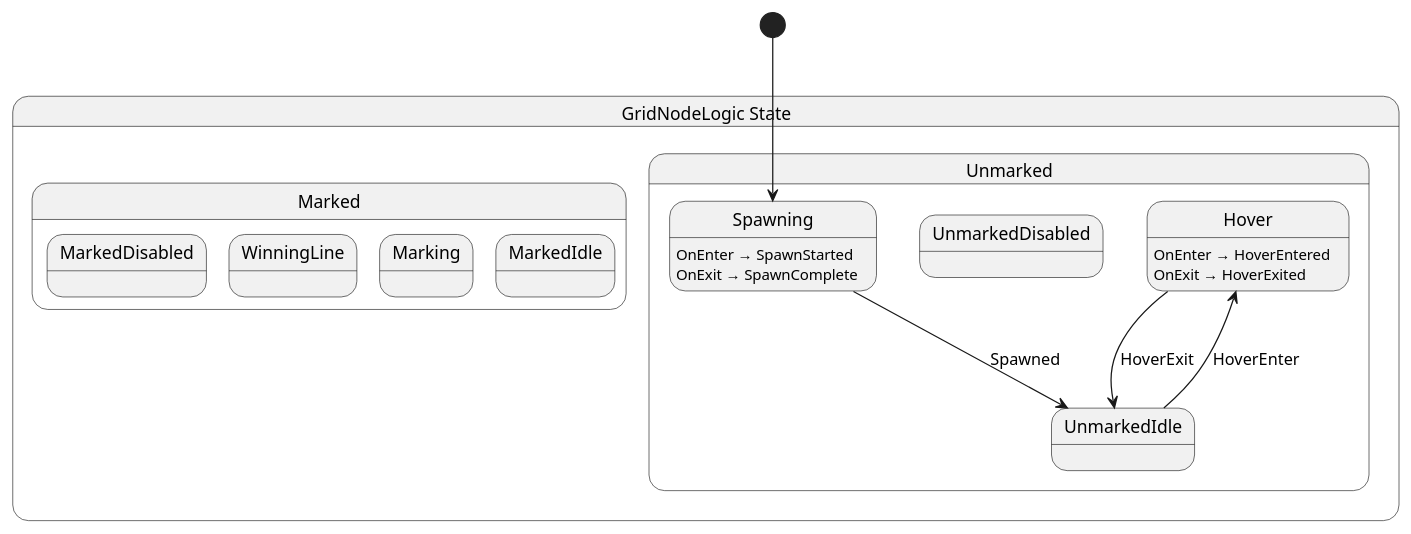
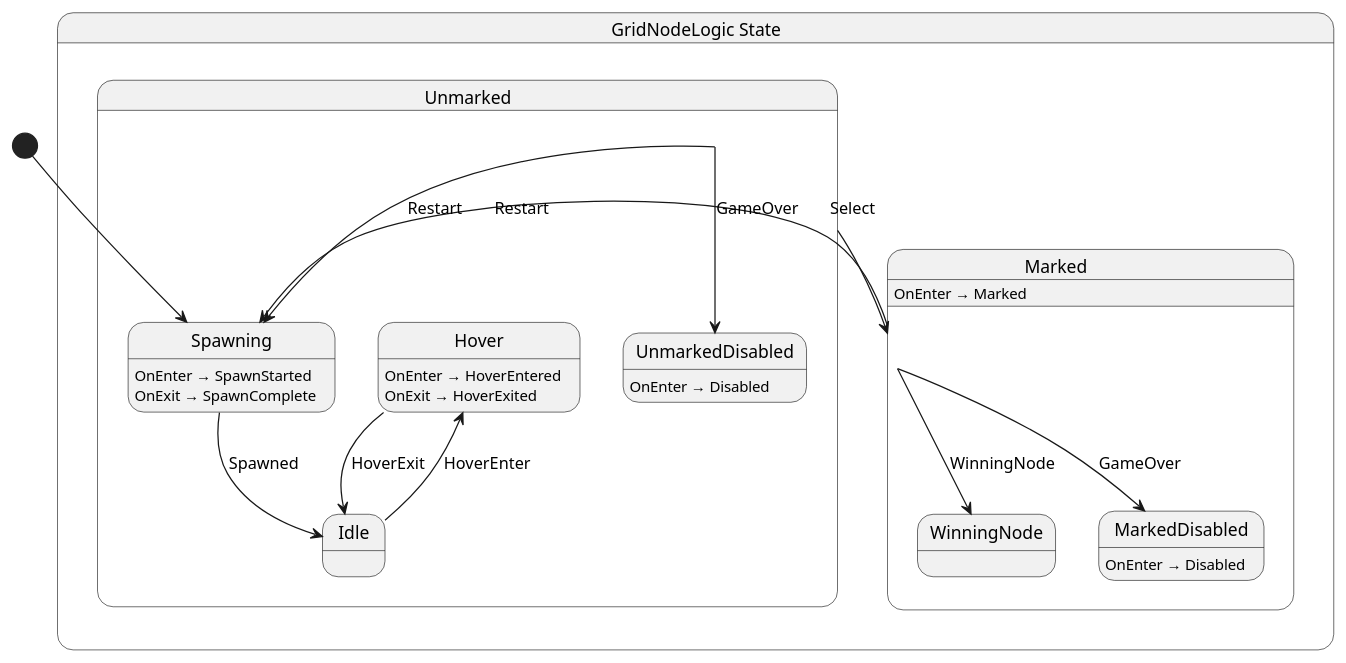
The diagram in src/GridNode/State/GridNodeLogic.g.puml (stranne/Vertex), drawn with PlantUML before and after one commit. The commit also changed 18 other files, not shown here.

Commit message:
Add select animation to GridNode

```diff
--- a/src/GridNode/State/GridNodeLogic.g.puml
+++ b/src/GridNode/State/GridNodeLogic.g.puml
@@ -1,27 +1,34 @@
 @startuml GridNodeLogic
 state "GridNodeLogic State" as Vertex_GridNode_State_GridNodeLogic_State {
-  state "Unmarked" as Vertex_GridNode_State_GridNodeLogic_State_Unmarked {
-    state "Hover" as Vertex_GridNode_State_GridNodeLogic_State_Hover
-    state "UnmarkedDisabled" as Vertex_GridNode_State_GridNodeLogic_State_UnmarkedDisabled
-    state "UnmarkedIdle" as Vertex_GridNode_State_GridNodeLogic_State_UnmarkedIdle
-    state "Spawning" as Vertex_GridNode_State_GridNodeLogic_State_Spawning
-  }
   state "Marked" as Vertex_GridNode_State_GridNodeLogic_State_Marked {
     state "MarkedDisabled" as Vertex_GridNode_State_GridNodeLogic_State_MarkedDisabled
-    state "WinningLine" as Vertex_GridNode_State_GridNodeLogic_State_WinningLine
-    state "Marking" as Vertex_GridNode_State_GridNodeLogic_State_Marking
-    state "MarkedIdle" as Vertex_GridNode_State_GridNodeLogic_State_MarkedIdle
+    state "WinningNode" as Vertex_GridNode_State_GridNodeLogic_State_WinningNode
+  }
+  state "Unmarked" as Vertex_GridNode_State_GridNodeLogic_State_Unmarked {
+    state "UnmarkedDisabled" as Vertex_GridNode_State_GridNodeLogic_State_UnmarkedDisabled
+    state "Hover" as Vertex_GridNode_State_GridNodeLogic_State_Hover
+    state "Idle" as Vertex_GridNode_State_GridNodeLogic_State_Idle
+    state "Spawning" as Vertex_GridNode_State_GridNodeLogic_State_Spawning
   }
 }
 
-Vertex_GridNode_State_GridNodeLogic_State_Hover --> Vertex_GridNode_State_GridNodeLogic_State_UnmarkedIdle : HoverExit
-Vertex_GridNode_State_GridNodeLogic_State_Spawning --> Vertex_GridNode_State_GridNodeLogic_State_UnmarkedIdle : Spawned
-Vertex_GridNode_State_GridNodeLogic_State_UnmarkedIdle --> Vertex_GridNode_State_GridNodeLogic_State_Hover : HoverEnter
+Vertex_GridNode_State_GridNodeLogic_State_Hover --> Vertex_GridNode_State_GridNodeLogic_State_Idle : HoverExit
+Vertex_GridNode_State_GridNodeLogic_State_Idle --> Vertex_GridNode_State_GridNodeLogic_State_Hover : HoverEnter
+Vertex_GridNode_State_GridNodeLogic_State_Marked --> Vertex_GridNode_State_GridNodeLogic_State_MarkedDisabled : GameOver
+Vertex_GridNode_State_GridNodeLogic_State_Marked --> Vertex_GridNode_State_GridNodeLogic_State_Spawning : Restart
+Vertex_GridNode_State_GridNodeLogic_State_Marked --> Vertex_GridNode_State_GridNodeLogic_State_WinningNode : WinningNode
+Vertex_GridNode_State_GridNodeLogic_State_Spawning --> Vertex_GridNode_State_GridNodeLogic_State_Idle : Spawned
+Vertex_GridNode_State_GridNodeLogic_State_Unmarked --> Vertex_GridNode_State_GridNodeLogic_State_Marked : Select
+Vertex_GridNode_State_GridNodeLogic_State_Unmarked --> Vertex_GridNode_State_GridNodeLogic_State_Spawning : Restart
+Vertex_GridNode_State_GridNodeLogic_State_Unmarked --> Vertex_GridNode_State_GridNodeLogic_State_UnmarkedDisabled : GameOver
 
 Vertex_GridNode_State_GridNodeLogic_State_Hover : OnEnter → HoverEntered
 Vertex_GridNode_State_GridNodeLogic_State_Hover : OnExit → HoverExited
+Vertex_GridNode_State_GridNodeLogic_State_Marked : OnEnter → Marked
+Vertex_GridNode_State_GridNodeLogic_State_MarkedDisabled : OnEnter → Disabled
 Vertex_GridNode_State_GridNodeLogic_State_Spawning : OnEnter → SpawnStarted
 Vertex_GridNode_State_GridNodeLogic_State_Spawning : OnExit → SpawnComplete
+Vertex_GridNode_State_GridNodeLogic_State_UnmarkedDisabled : OnEnter → Disabled
 
 [*] --> Vertex_GridNode_State_GridNodeLogic_State_Spawning
 @enduml
```
